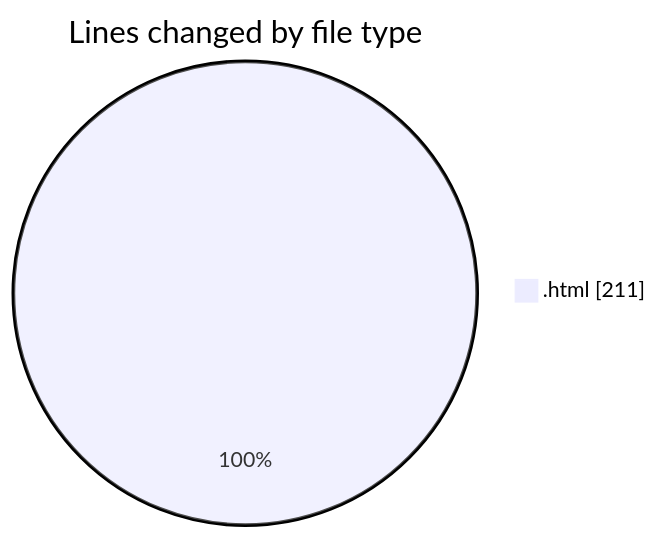
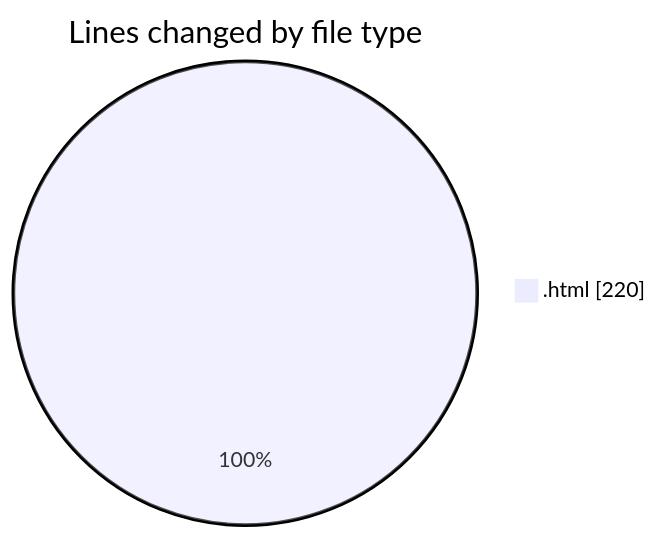
Before and after one commit to LanceThiago/code-tracking: the first of 2 diagrams in 2025-01-07/nueva_carpeta/README.md, drawn with Mermaid. The commit also changed other lines of this file and 1 other file, not shown here.

````diff
--- a/2025-01-07/nueva_carpeta/README.md
+++ b/2025-01-07/nueva_carpeta/README.md
@@ -20,5 +20,5 @@
 ```mermaid
 pie showData
 title Lines changed by file type
-".html" : 211
+".html" : 220
 ```
````
